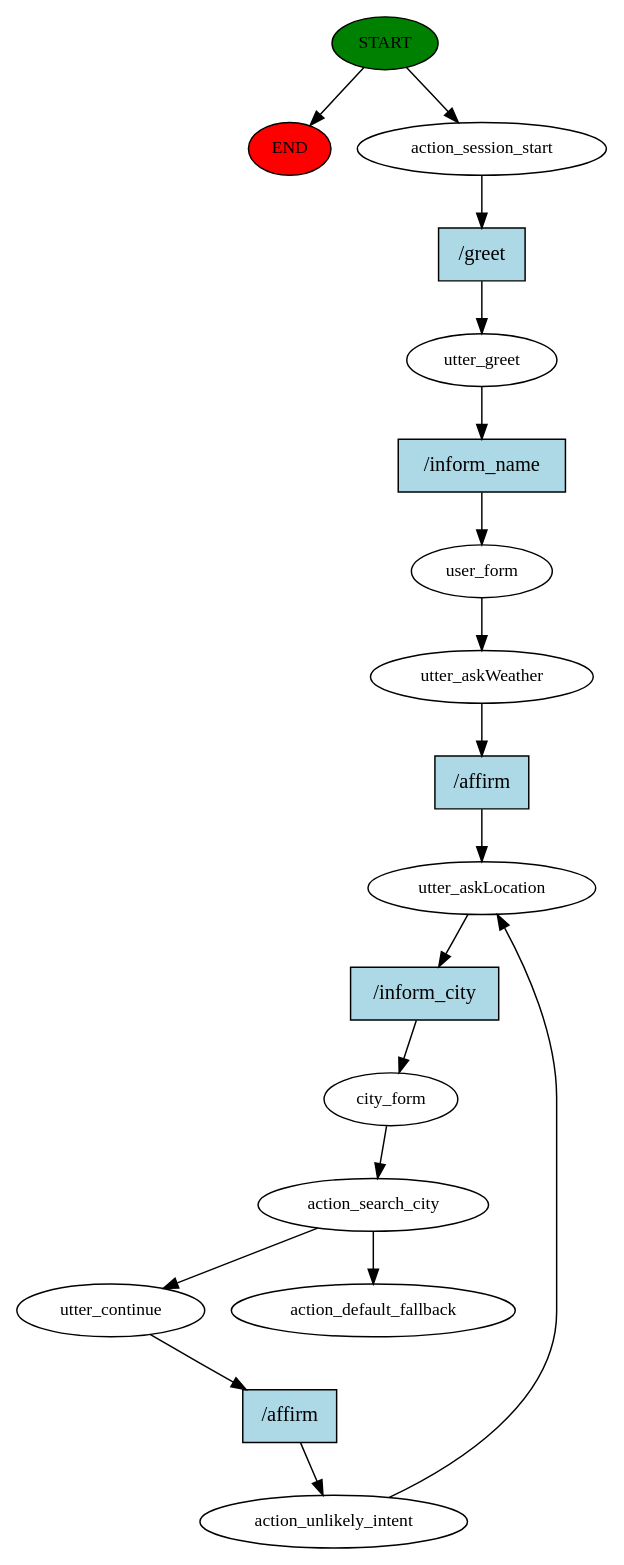
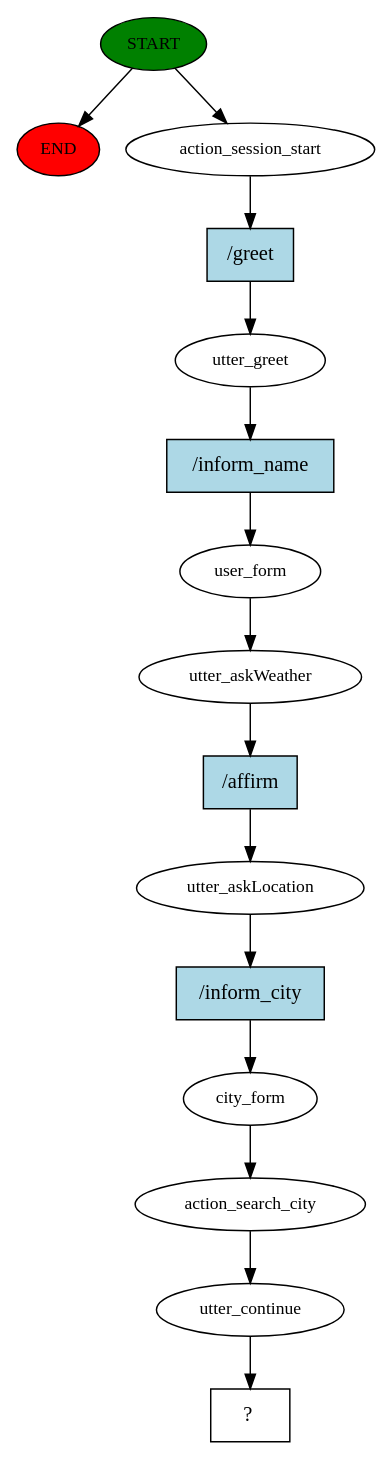
Before and after one commit to Compass-pb-rasa-2022-RG-Pel/sprint-4-pb-rg-pel: the diagram in bot-4/story_graph.dot, drawn with Graphviz. The commit also changed 11 other files, not shown here.

```diff
--- a/bot-4/story_graph.dot
+++ b/bot-4/story_graph.dot
@@ -1,36 +1,31 @@
 digraph  {
 0 [class="start active", fillcolor=green, fontsize=12, label=START, style=filled];
 "-1" [class=end, fillcolor=red, fontsize=12, label=END, style=filled];
 1 [class=active, fontsize=12, label=action_session_start];
 2 [class=active, fontsize=12, label=utter_greet];
 3 [class=active, fontsize=12, label=user_form];
 4 [class=active, fontsize=12, label=utter_askWeather];
 5 [class=active, fontsize=12, label=utter_askLocation];
 6 [class=active, fontsize=12, label=city_form];
 7 [class=active, fontsize=12, label=action_search_city];
 8 [class=active, fontsize=12, label=utter_continue];
-9 [class=active, fontsize=12, label=action_unlikely_intent];
-13 [class="dashed active", fontsize=12, label=action_default_fallback];
-14 [class="intent active", fillcolor=lightblue, label="/greet", shape=rect, style=filled];
-15 [class="intent active", fillcolor=lightblue, label="/inform_name", shape=rect, style=filled];
-16 [class="intent active", fillcolor=lightblue, label="/affirm", shape=rect, style=filled];
-17 [class="intent active", fillcolor=lightblue, label="/inform_city", shape=rect, style=filled];
-18 [class="intent active", fillcolor=lightblue, label="/affirm", shape=rect, style=filled];
+9 [class="intent dashed active", label="  ?  ", shape=rect];
+10 [class="intent active", fillcolor=lightblue, label="/greet", shape=rect, style=filled];
+11 [class="intent active", fillcolor=lightblue, label="/inform_name", shape=rect, style=filled];
+12 [class="intent active", fillcolor=lightblue, label="/affirm", shape=rect, style=filled];
+13 [class="intent active", fillcolor=lightblue, label="/inform_city", shape=rect, style=filled];
 0 -> "-1"  [class="", key=NONE, label=""];
 0 -> 1  [class=active, key=NONE, label=""];
-1 -> 14  [class=active, key=0];
-2 -> 15  [class=active, key=0];
+1 -> 10  [class=active, key=0];
+2 -> 11  [class=active, key=0];
 3 -> 4  [class=active, key=NONE, label=""];
-4 -> 16  [class=active, key=0];
-5 -> 17  [class=active, key=0];
+4 -> 12  [class=active, key=0];
+5 -> 13  [class=active, key=0];
 6 -> 7  [class=active, key=NONE, label=""];
 7 -> 8  [class=active, key=NONE, label=""];
-7 -> 13  [class=active, key=NONE, label=""];
-8 -> 18  [class=active, key=0];
-9 -> 5  [class=active, key=NONE, label=""];
-14 -> 2  [class=active, key=0];
-15 -> 3  [class=active, key=0];
-16 -> 5  [class=active, key=0];
-17 -> 6  [class=active, key=0];
-18 -> 9  [class=active, key=0];
+8 -> 9  [class=active, key=NONE, label=""];
+10 -> 2  [class=active, key=0];
+11 -> 3  [class=active, key=0];
+12 -> 5  [class=active, key=0];
+13 -> 6  [class=active, key=0];
 }
```
